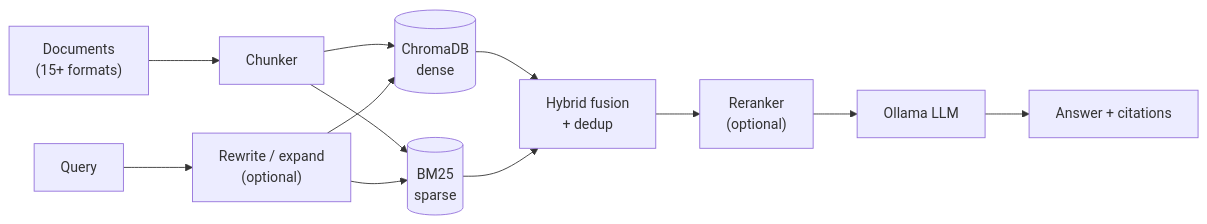
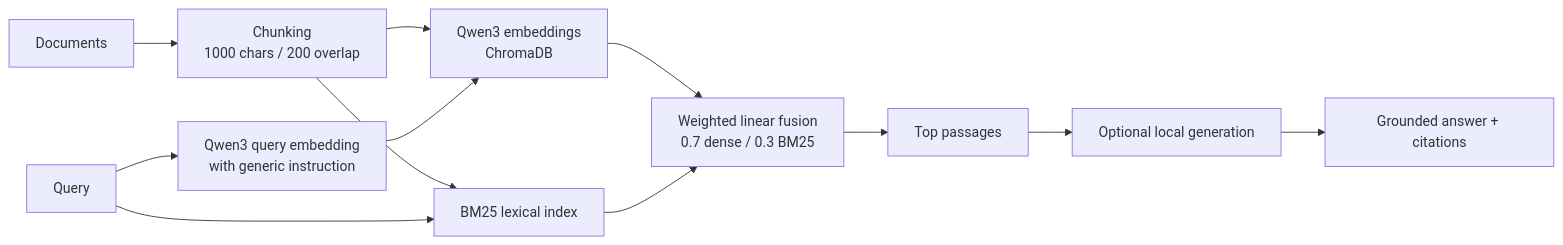
One commit to ihnatenko-oleksii/Retrieval-System changed the diagram in README.md. Above: the diagram before and after it, drawn with Mermaid. The commit also changed other lines of this file and 19 other files, not shown here.

Commit message:
Adopt validated Qwen3 hybrid retrieval defaults

````diff
--- a/README.md
+++ b/README.md
@@ -20,15 +26,14 @@
 ```mermaid
 flowchart LR
-    D["Documents\n(15+ formats)"] --> CH["Chunker"]
-    CH --> VS[("ChromaDB\ndense")]
-    CH --> BM[("BM25\nsparse")]
-
-    Q["Query"] --> QR["Rewrite / expand\n(optional)"]
-    QR --> VS
-    QR --> BM
-    VS --> FU["Hybrid fusion\n+ dedup"]
+    D["Documents"] --> CH["Chunking\n1000 chars / 200 overlap"]
+    CH --> VE["Qwen3 embeddings\nChromaDB"]
+    CH --> BM["BM25 lexical index"]
+    Q["Query"] --> IQ["Qwen3 query embedding\nwith generic instruction"]
+    IQ --> VE
+    Q --> BM
+    VE --> FU["Weighted linear fusion\n0.7 dense / 0.3 BM25"]
     BM --> FU
-    FU --> RR["Reranker\n(optional)"]
-    RR --> GEN["Ollama LLM"]
-    GEN --> AN["Answer + citations"]
+    FU --> P["Top passages"]
+    P --> G["Optional local generation"]
+    G --> C["Grounded answer + citations"]
 ```
````
